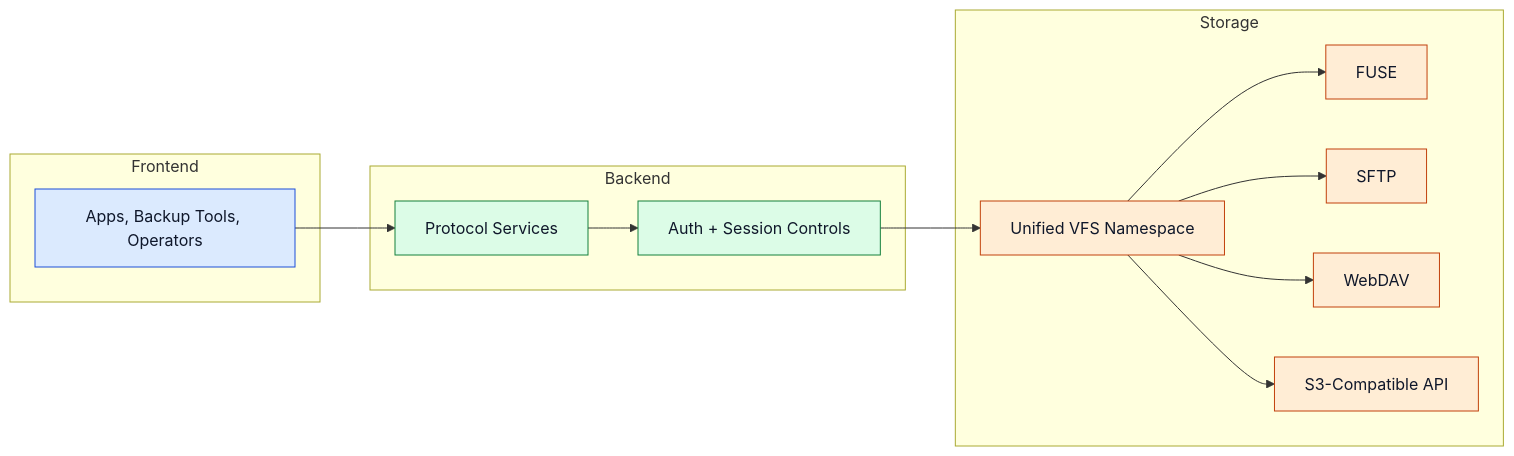
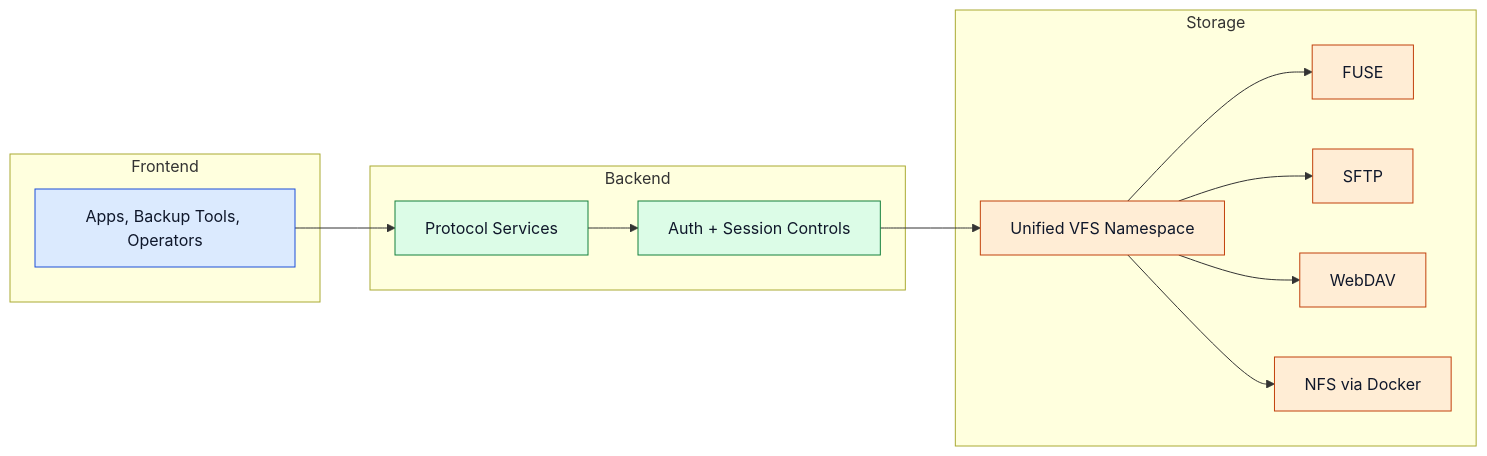
The diagram in docusaurus/docs/access-layer.md (VulcanoSoftware/eindproject), drawn with Mermaid before and after one commit. The commit also changed other lines of this file and 9 other files, not shown here.

````diff
--- a/docusaurus/docs/access-layer.md
+++ b/docusaurus/docs/access-layer.md
@@ -12,33 +12,33 @@
 ```mermaid
 flowchart LR
   subgraph Frontend
     CLIENTS[Apps, Backup Tools, Operators]
   end
 
   subgraph Backend
     GATE[Protocol Services]
     AUTH[Auth + Session Controls]
   end
 
   subgraph Storage
     VFS[Unified VFS Namespace]
     FUSE[FUSE]
     SFTP[SFTP]
     WEBDAV[WebDAV]
-    S3[S3-Compatible API]
+    NFS[NFS via Docker]
   end
 
   CLIENTS --> GATE --> AUTH --> VFS
   VFS --> FUSE
   VFS --> SFTP
   VFS --> WEBDAV
-  VFS --> S3
+  VFS --> NFS
 
   classDef frontend fill:#dbeafe,stroke:#1d4ed8,color:#0f172a,stroke-width:1px;
   classDef backend fill:#dcfce7,stroke:#15803d,color:#0f172a,stroke-width:1px;
   classDef storage fill:#ffedd5,stroke:#c2410c,color:#0f172a,stroke-width:1px;
 
   class CLIENTS frontend;
   class GATE,AUTH backend;
-  class VFS,FUSE,SFTP,WEBDAV,S3 storage;
+  class VFS,FUSE,SFTP,WEBDAV,NFS storage;
 ```
````
